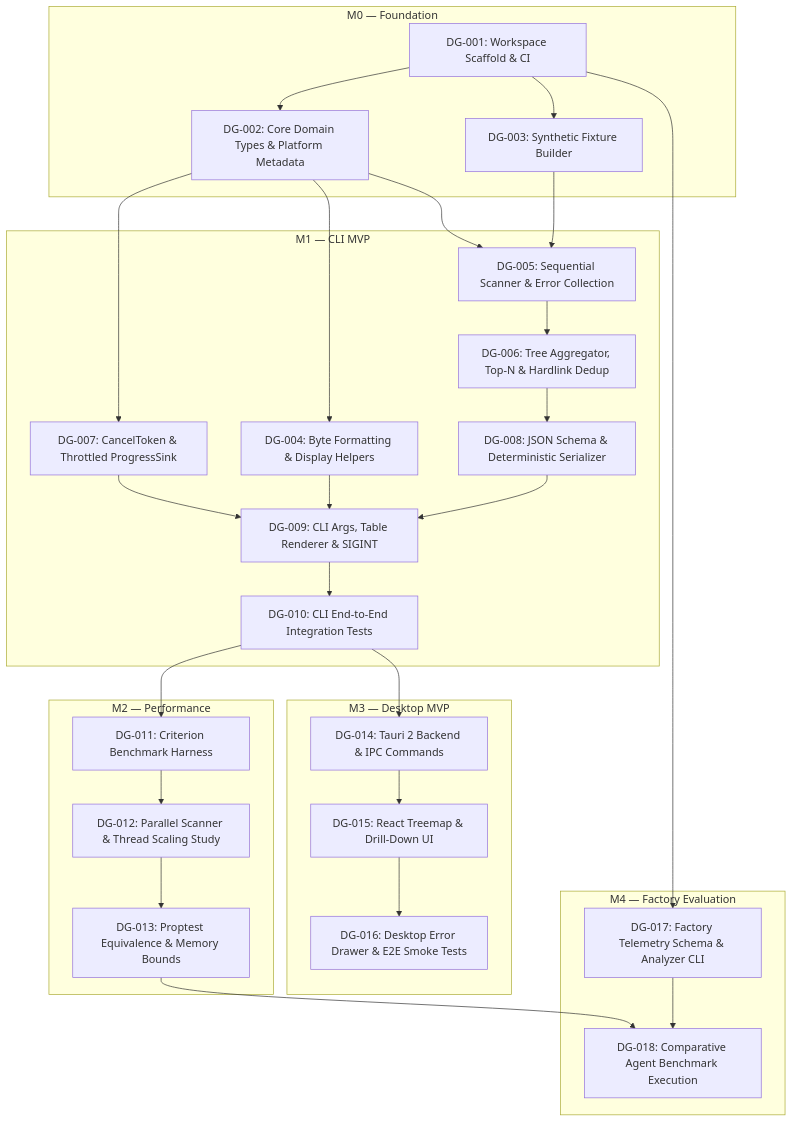
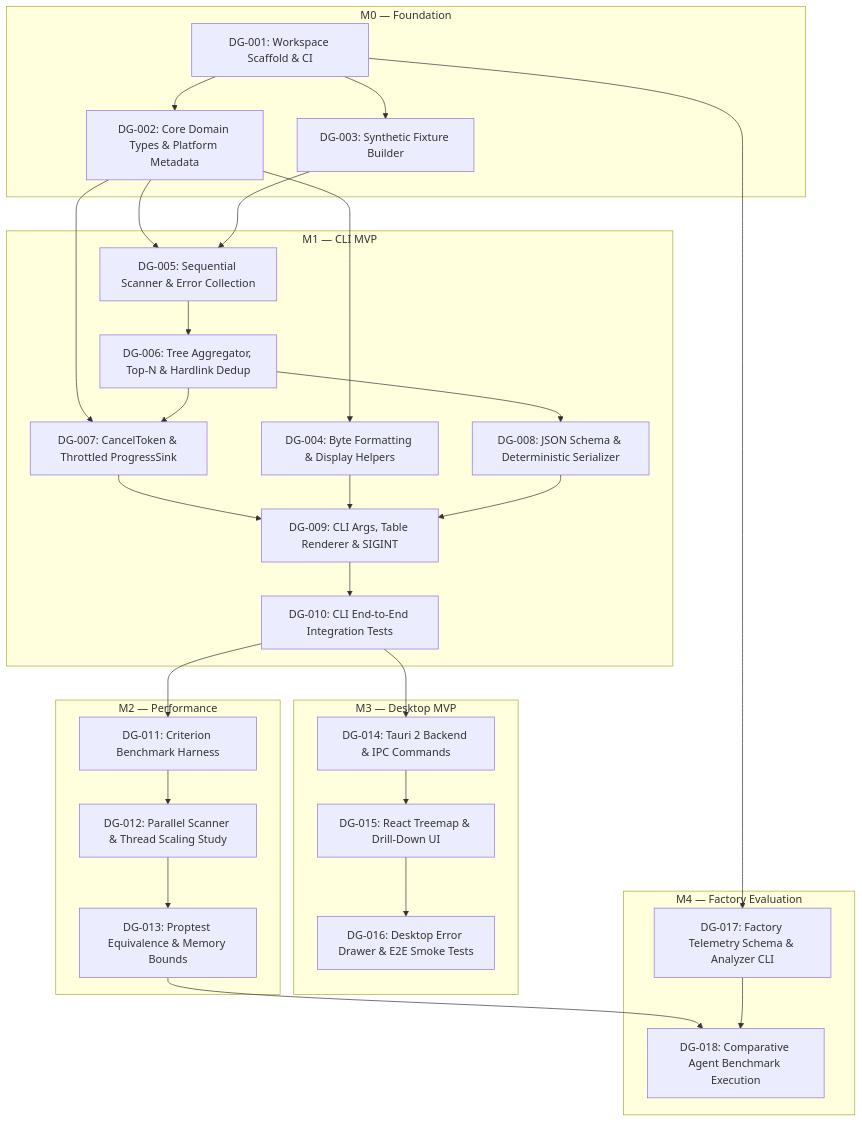
One commit to RimCorp/DiskGoblin changed the diagram in docs/implementation-plan.md. Above: the diagram before and after it, drawn with Mermaid. The commit also changed other lines of this file and 5 other files, not shown here.

````diff
--- a/docs/implementation-plan.md
+++ b/docs/implementation-plan.md
@@ -19,57 +19,58 @@
 ```mermaid
 flowchart TD
     subgraph M0["M0 — Foundation"]
         DG001["DG-001: Workspace Scaffold & CI"]
         DG002["DG-002: Core Domain Types & Platform Metadata"]
         DG003["DG-003: Synthetic Fixture Builder"]
     end
 
     subgraph M1["M1 — CLI MVP"]
         DG004["DG-004: Byte Formatting & Display Helpers"]
         DG005["DG-005: Sequential Scanner & Error Collection"]
         DG006["DG-006: Tree Aggregator, Top-N & Hardlink Dedup"]
         DG007["DG-007: CancelToken & Throttled ProgressSink"]
         DG008["DG-008: JSON Schema & Deterministic Serializer"]
         DG009["DG-009: CLI Args, Table Renderer & SIGINT"]
         DG010["DG-010: CLI End-to-End Integration Tests"]
     end
 
     subgraph M2["M2 — Performance"]
         DG011["DG-011: Criterion Benchmark Harness"]
         DG012["DG-012: Parallel Scanner & Thread Scaling Study"]
         DG013["DG-013: Proptest Equivalence & Memory Bounds"]
     end
 
     subgraph M3["M3 — Desktop MVP"]
         DG014["DG-014: Tauri 2 Backend & IPC Commands"]
         DG015["DG-015: React Treemap & Drill-Down UI"]
         DG016["DG-016: Desktop Error Drawer & E2E Smoke Tests"]
     end
 
     subgraph M4["M4 — Factory Evaluation"]
         DG017["DG-017: Factory Telemetry Schema & Analyzer CLI"]
         DG018["DG-018: Comparative Agent Benchmark Execution"]
     end
 
     DG001 --> DG002
     DG001 --> DG003
     DG002 --> DG004
     DG002 --> DG005
     DG003 --> DG005
+    DG005 --> DG006
     DG002 --> DG007
-    DG005 --> DG006
+    DG006 --> DG007
     DG006 --> DG008
     DG007 --> DG009
     DG004 --> DG009
     DG008 --> DG009
     DG009 --> DG010
     DG010 --> DG011
     DG011 --> DG012
     DG012 --> DG013
     DG010 --> DG014
     DG014 --> DG015
     DG015 --> DG016
     DG001 --> DG017
     DG013 --> DG018
     DG017 --> DG018
 ```
````
